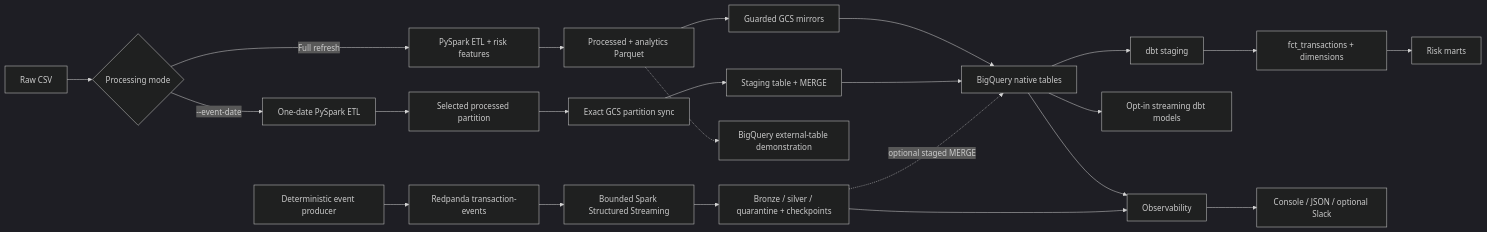
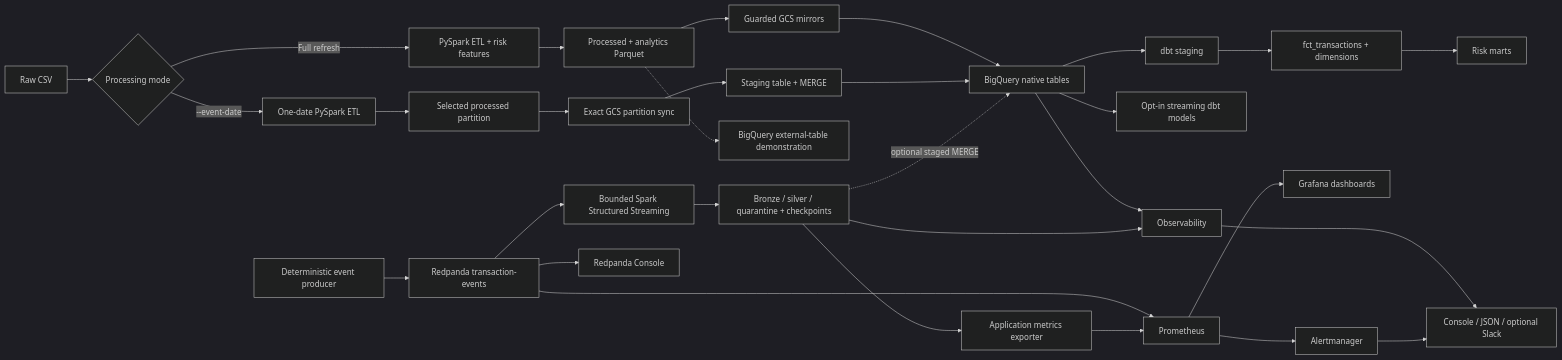
The diagram in README.md (Harsh06001/financial-risk-data-platform), drawn with Mermaid (dark theme) before and after one commit. The commit also changed other lines of this file and 54 other files, not shown here.

````diff
--- a/README.md
+++ b/README.md
@@ -7,25 +7,32 @@
 ```mermaid
 flowchart LR
     A[Raw CSV] --> B{Processing mode}
     B -->|Full refresh| C[PySpark ETL + risk features]
     B -->|--event-date| D[One-date PySpark ETL]
     C --> E[Processed + analytics Parquet]
     D --> F[Selected processed partition]
     E --> G[Guarded GCS mirrors]
     F --> H[Exact GCS partition sync]
     G --> I[BigQuery native tables]
     H --> J[Staging table + MERGE]
     J --> I
     I --> K[dbt staging]
     K --> L[fct_transactions + dimensions]
     L --> M[Risk marts]
     E -.-> N[BigQuery external-table demonstration]
     O[Deterministic event producer] --> P[Redpanda transaction-events]
     P --> Q[Bounded Spark Structured Streaming]
     Q --> R[Bronze / silver / quarantine + checkpoints]
     R -. optional staged MERGE .-> I
     I --> S[Opt-in streaming dbt models]
     I --> T[Observability]
     R --> T
     T --> U[Console / JSON / optional Slack]
+    P --> V[Redpanda Console]
+    P --> W[Prometheus]
+    R --> X[Application metrics exporter]
+    X --> W
+    W --> Y[Grafana dashboards]
+    W --> Z[Alertmanager]
+    Z --> U
 ```
````
